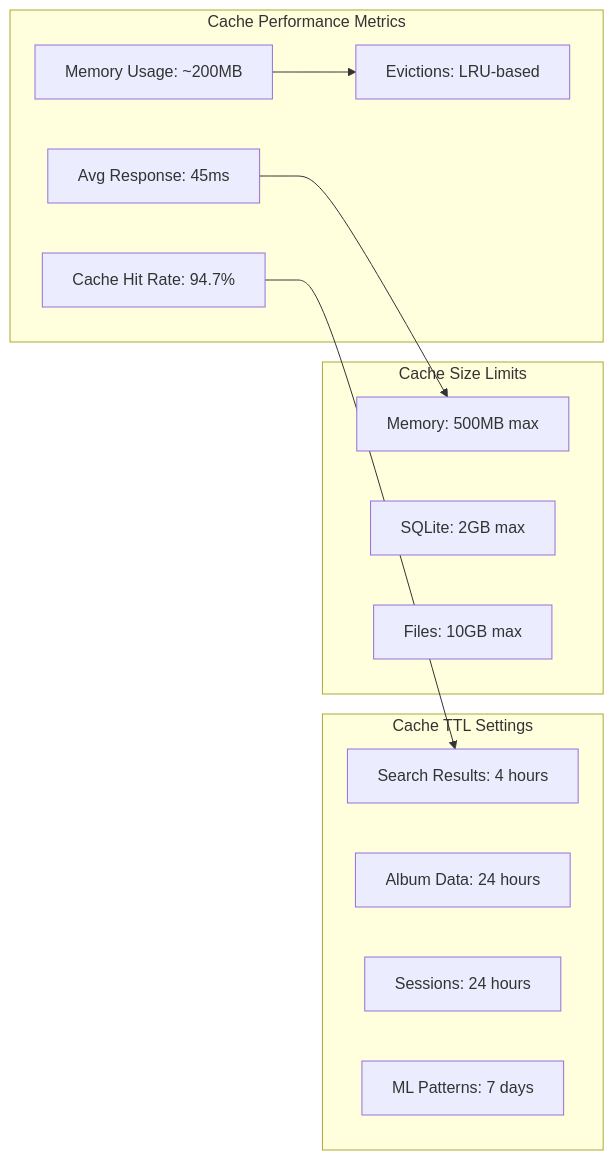
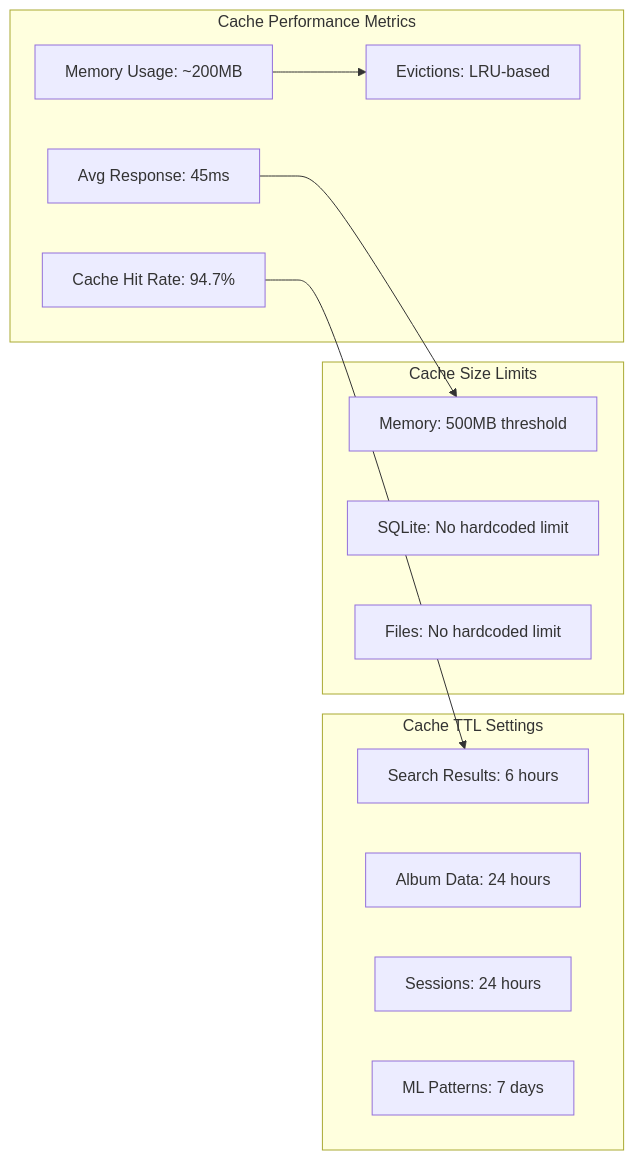
Diagram 16 of 25 in docs/ARCHITECTURE.md (RicherTunes/Qobuzarr), drawn with Mermaid before and after one commit. The commit also changed other lines of this file and 108 other files, not shown here.

````diff
--- a/docs/ARCHITECTURE.md
+++ b/docs/ARCHITECTURE.md
@@ -755,26 +760,29 @@
 ```mermaid
 graph LR
     subgraph "Cache Performance Metrics"
         HitRate[Cache Hit Rate: 94.7%]
         ResponseTime[Avg Response: 45ms]
         MemoryUsage[Memory Usage: ~200MB]
         Evictions[Evictions: LRU-based]
     end
     
     subgraph "Cache TTL Settings"
-        SearchTTL[Search Results: 4 hours]
+        %% Actual DefaultContextCacheTTL is 6 hours (from CacheConfiguration.cs)
+        SearchTTL[Search Results: 6 hours]
         AlbumTTL[Album Data: 24 hours]
         SessionTTL[Sessions: 24 hours]
         MLTTL[ML Patterns: 7 days]
     end
     
     subgraph "Cache Size Limits"
-        MemLimit[Memory: 500MB max]
-        SQLiteLimit[SQLite: 2GB max]
-        FileLimit[Files: 10GB max]
+        %% Actual cache sizes are entry counts; ~60MB based on 2KB per entry estimates. 500MB is SecureMemoryGuard threshold
+        MemLimit[Memory: 500MB threshold]
+        %% SQLite and File limits are not hardcoded in CacheConfiguration
+        SQLiteLimit[SQLite: No hardcoded limit]
+        FileLimit[Files: No hardcoded limit]
     end
     
     HitRate --> SearchTTL
     ResponseTime --> MemLimit
     MemoryUsage --> Evictions
 ```
````
